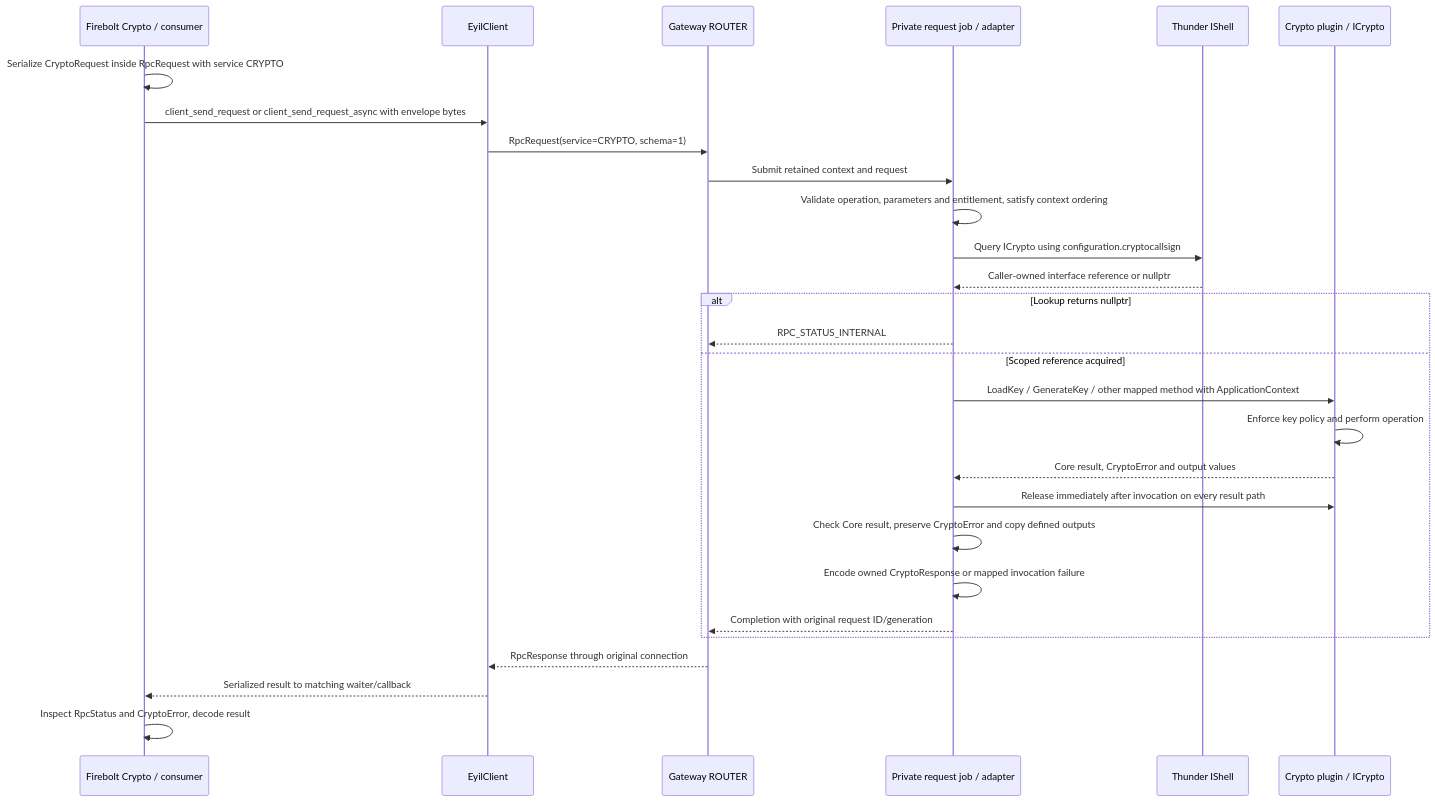
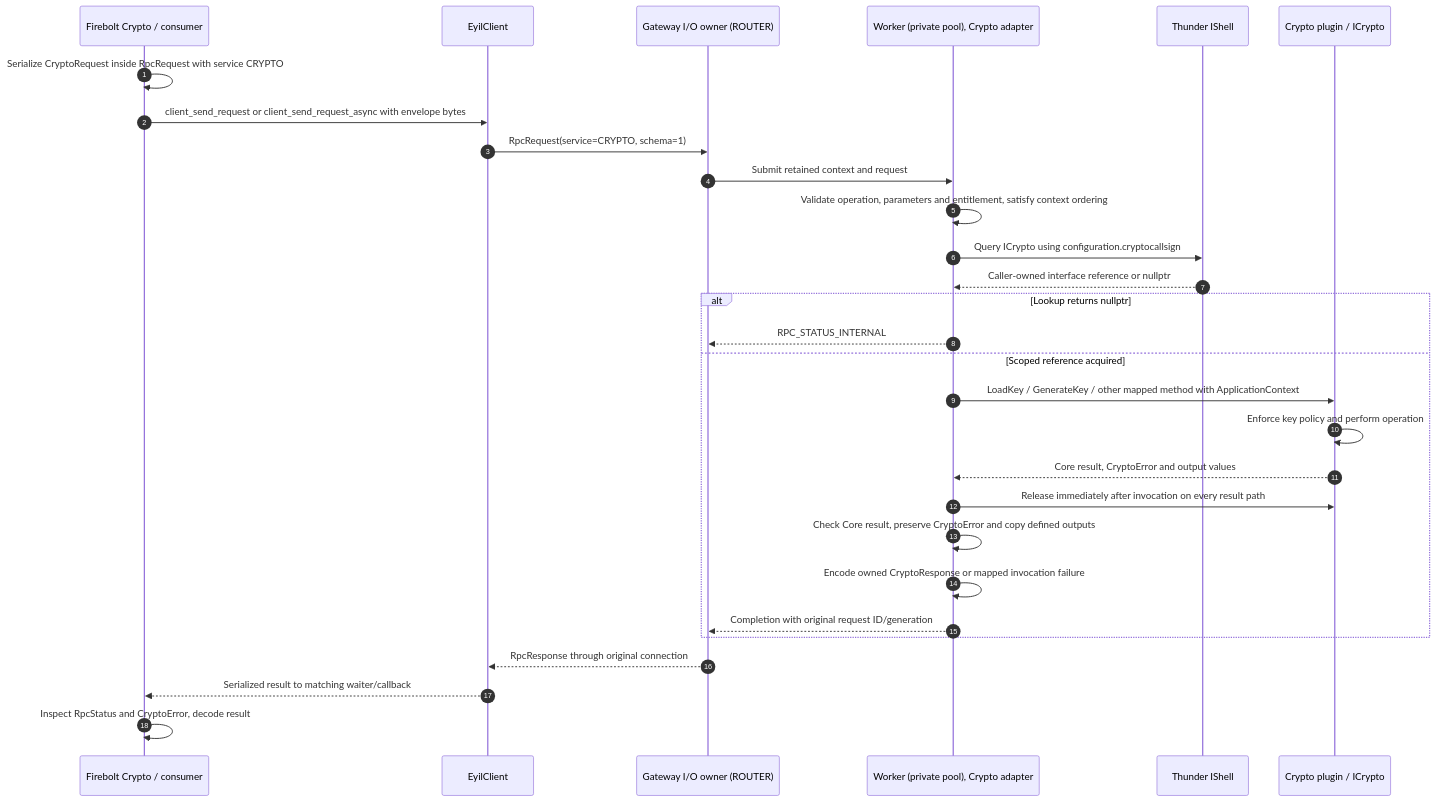
The sixth of 19 diagrams in doc/EyilGateway.md (rdkcentral/eyil-secure-gateway), drawn with Mermaid before and after one commit. The commit also changed other lines of this file and 1 other file, not shown here.

Commit message:
RDKEMW-27976: Fix UML charts

````diff
--- a/doc/EyilGateway.md
+++ b/doc/EyilGateway.md
@@ -987,30 +994,31 @@
 ```mermaid
 sequenceDiagram
+    autonumber
     participant F as Firebolt Crypto / consumer
     participant L as EyilClient
-    participant R as Gateway ROUTER
-    participant J as Private request job / adapter
+    participant R as Gateway I/O owner (ROUTER)
+    participant J as Worker (private pool), Crypto adapter
     participant T as Thunder IShell
     participant C as Crypto plugin / ICrypto
     F->>F: Serialize CryptoRequest inside RpcRequest with service CRYPTO
     F->>L: client_send_request or client_send_request_async with envelope bytes
     L->>R: RpcRequest(service=CRYPTO, schema=1)
     R->>J: Submit retained context and request
     J->>J: Validate operation, parameters and entitlement, satisfy context ordering
     J->>T: Query ICrypto using configuration.cryptocallsign
     T-->>J: Caller-owned interface reference or nullptr
     alt Lookup returns nullptr
         J-->>R: RPC_STATUS_INTERNAL
     else Scoped reference acquired
         J->>C: LoadKey / GenerateKey / other mapped method with ApplicationContext
         C->>C: Enforce key policy and perform operation
         C-->>J: Core result, CryptoError and output values
         J->>C: Release immediately after invocation on every result path
         J->>J: Check Core result, preserve CryptoError and copy defined outputs
         J->>J: Encode owned CryptoResponse or mapped invocation failure
         J-->>R: Completion with original request ID/generation
     end
     R-->>L: RpcResponse through original connection
     L-->>F: Serialized result to matching waiter/callback
     F->>F: Inspect RpcStatus and CryptoError, decode result
 ```
````
